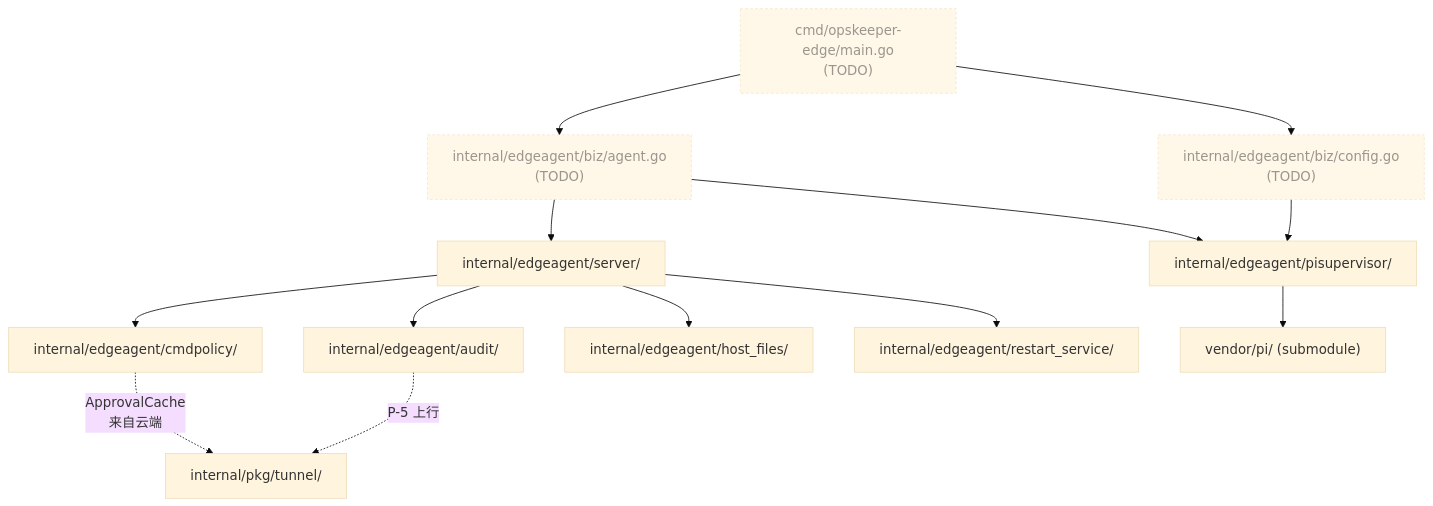
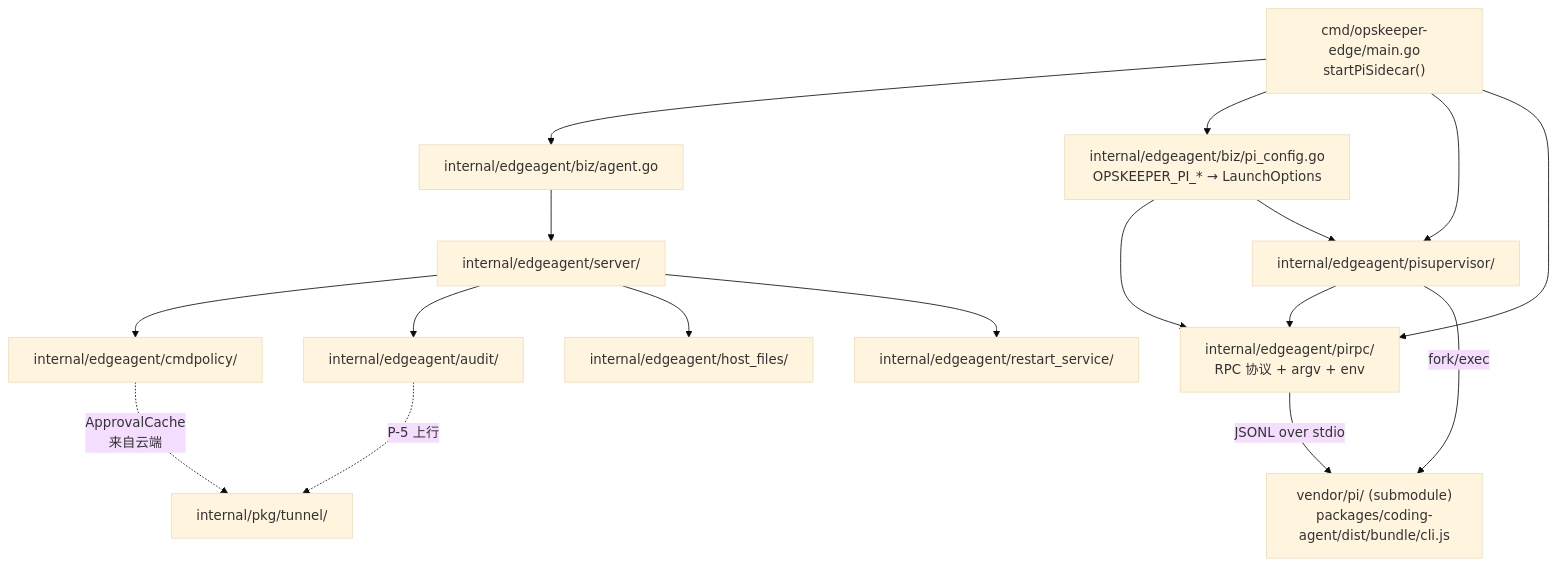
Diagram 12 of 15 in docs/architecture.md (louloulin/opskeeper), drawn with Mermaid (base theme) before and after one commit. The commit also changed other lines of this file and 24 other files, not shown here.

````diff
--- a/docs/architecture.md
+++ b/docs/architecture.md
@@ -410,30 +510,32 @@
 ```mermaid
 flowchart TB
-    cmd_main["cmd/opskeeper-edge/main.go<br/>(TODO)"]
-    biz_agent["internal/edgeagent/biz/agent.go<br/>(TODO)"]
+    cmd_main["cmd/opskeeper-edge/main.go<br/>startPiSidecar()"]
+    biz_agent["internal/edgeagent/biz/agent.go"]
+    pi_config["internal/edgeagent/biz/pi_config.go<br/>OPSKEEPER_PI_* → LaunchOptions"]
     pisupervisor["internal/edgeagent/pisupervisor/"]
+    pirpc["internal/edgeagent/pirpc/<br/>RPC 协议 + argv + env"]
     server["internal/edgeagent/server/"]
     cmdpolicy["internal/edgeagent/cmdpolicy/"]
     audit["internal/edgeagent/audit/"]
     host_files["internal/edgeagent/host_files/"]
     restart_service["internal/edgeagent/restart_service/"]
-    biz_config["internal/edgeagent/biz/config.go<br/>(TODO)"]
     tunnel["internal/pkg/tunnel/"]
-    vendor_pi["vendor/pi/ (submodule)"]
+    vendor_pi["vendor/pi/ (submodule)<br/>packages/coding-agent/dist/bundle/cli.js"]
 
     cmd_main --> biz_agent
-    cmd_main --> biz_config
-    biz_agent --> pisupervisor
+    cmd_main --> pi_config
+    cmd_main --> pisupervisor
+    cmd_main --> pirpc
+    pi_config --> pirpc
+    pi_config --> pisupervisor
+    pisupervisor --> pirpc
+    pisupervisor -->|"fork/exec"| vendor_pi
+    pirpc -->|"JSONL over stdio"| vendor_pi
     biz_agent --> server
-    biz_config --> pisupervisor
-    pisupervisor --> vendor_pi
     server --> cmdpolicy
     server --> audit
     server --> host_files
     server --> restart_service
     cmdpolicy -. "ApprovalCache<br/>来自云端" .-> tunnel
     audit -. "P-5 上行" .-> tunnel
-
-    classDef todo stroke-dasharray: 3 3,opacity:0.7
-    class cmd_main,biz_agent,biz_config todo
 ```
````
